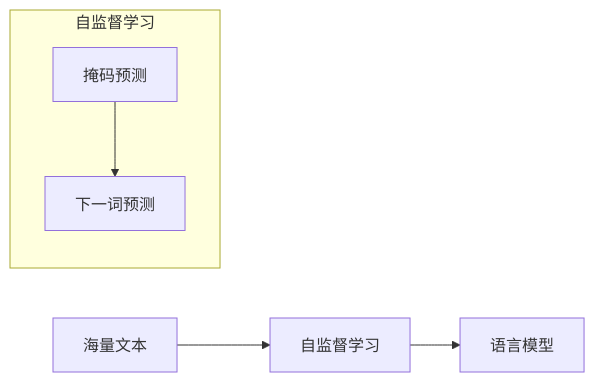
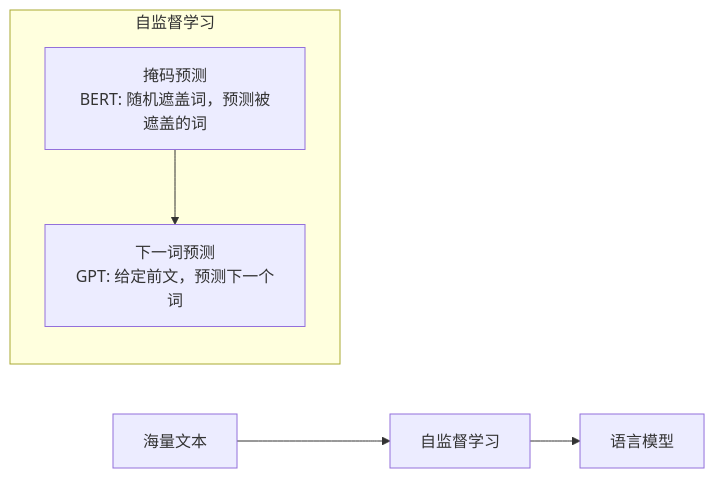
One commit to yuandiv/ai-dev-school changed the sixth of 14 diagrams in docs/ai-llm-dev/basics/llm-principles.md. Above: the diagram before and after it, drawn with Mermaid. The commit also changed other lines of this file and 2 other files, not shown here.

````diff
--- a/docs/ai-llm-dev/basics/llm-principles.md
+++ b/docs/ai-llm-dev/basics/llm-principles.md
@@ -57,9 +345,9 @@
 ```mermaid
 flowchart LR
     A[海量文本] --> B[自监督学习]
     B --> C[语言模型]
-    
+
     subgraph 自监督学习
-        B1[掩码预测] --> B2[下一词预测]
+        B1[掩码预测<br/>BERT: 随机遮盖词，预测被遮盖的词] --> B2[下一词预测<br/>GPT: 给定前文，预测下一个词]
     end
 ```
````
